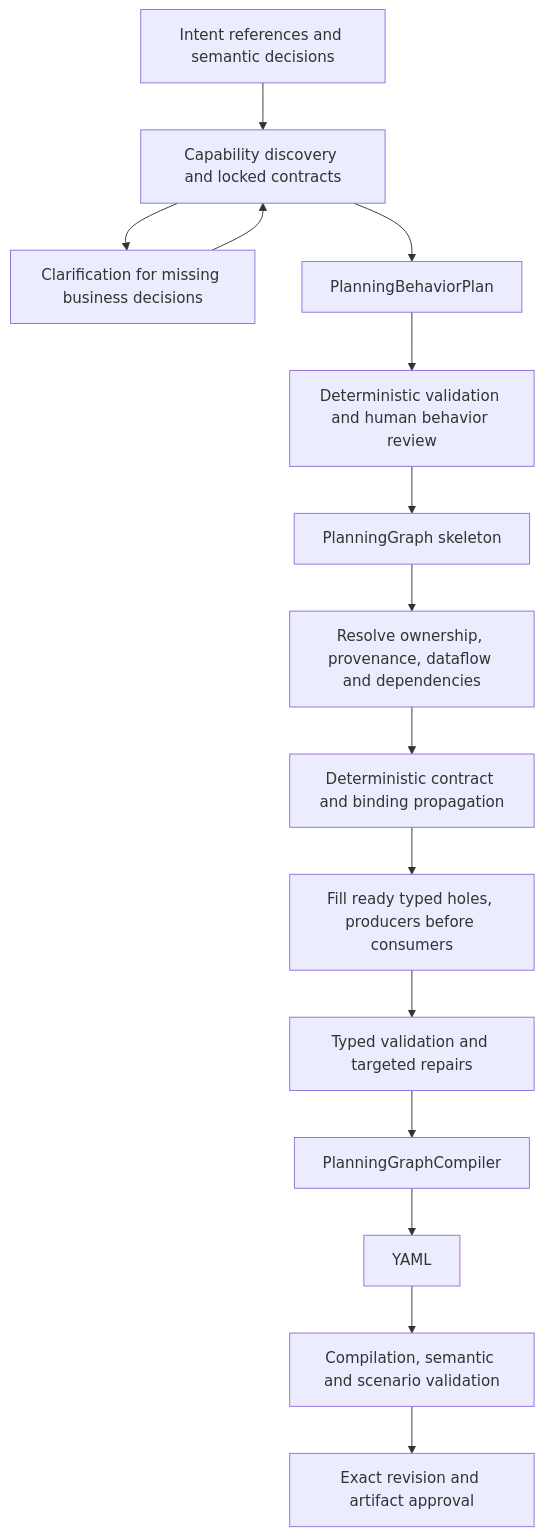
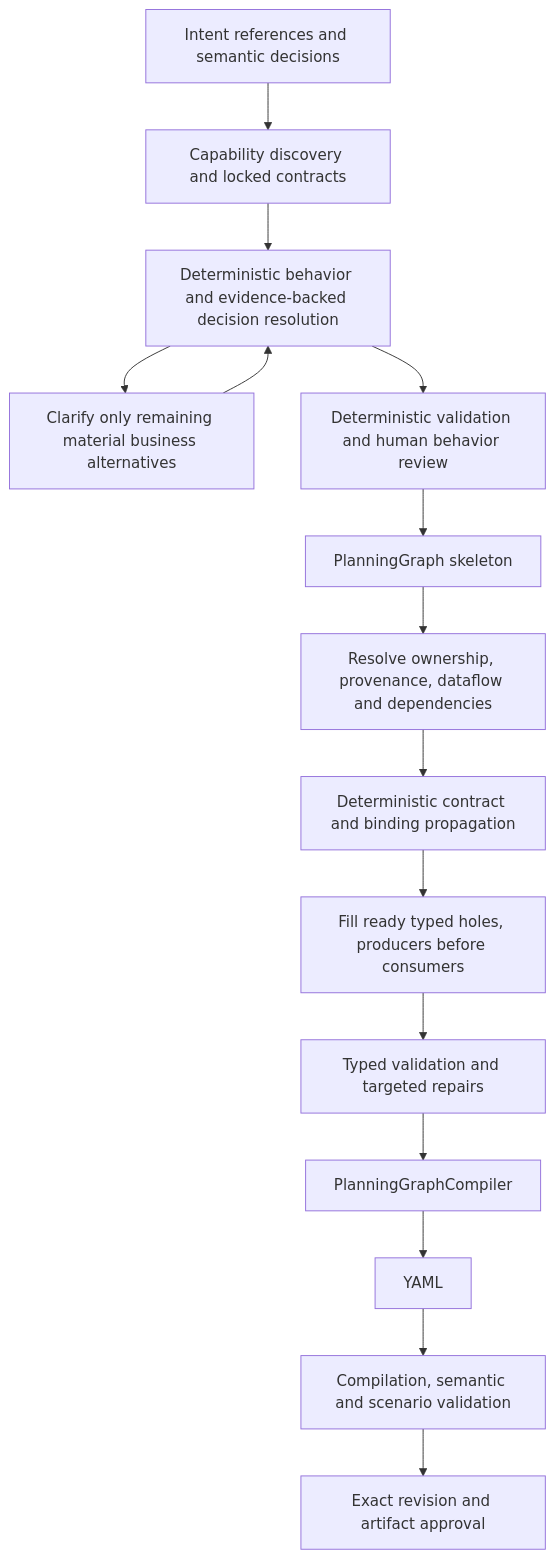
One commit to GnouGo/GnouGo changed the diagram in docs/workflow-planning-v2.md. Above: the diagram before and after it, drawn with Mermaid. The commit also changed other lines of this file and 32 other files, not shown here.

````diff
--- a/docs/workflow-planning-v2.md
+++ b/docs/workflow-planning-v2.md
@@ -8,17 +8,17 @@
 ```mermaid
 flowchart TD
   I[Intent references and semantic decisions] --> C[Capability discovery and locked contracts]
-  C --> Q[Clarification for missing business decisions]
-  Q --> C
-  C --> B[PlanningBehaviorPlan]
+  C --> B[Deterministic behavior and evidence-backed decision resolution]
+  B --> Q[Clarify only remaining material business alternatives]
+  Q --> B
   B --> R[Deterministic validation and human behavior review]
   R --> G[PlanningGraph skeleton]
   G --> D[Resolve ownership, provenance, dataflow and dependencies]
   D --> H[Deterministic contract and binding propagation]
   H --> W[Fill ready typed holes, producers before consumers]
   W --> T[Typed validation and targeted repairs]
   T --> L[PlanningGraphCompiler]
   L --> Y[YAML]
   Y --> V[Compilation, semantic and scenario validation]
   V --> A[Exact revision and artifact approval]
 ```
````
